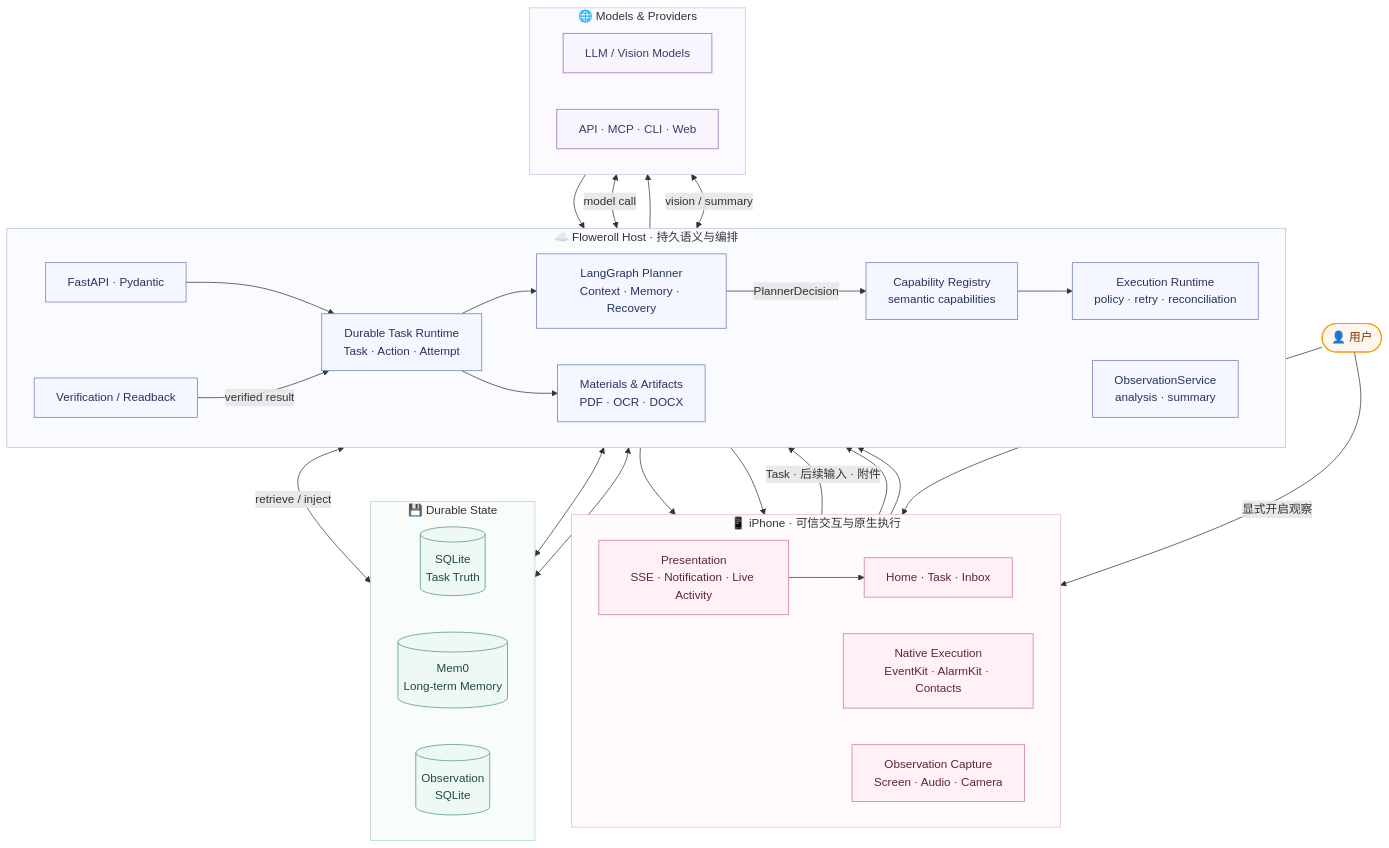
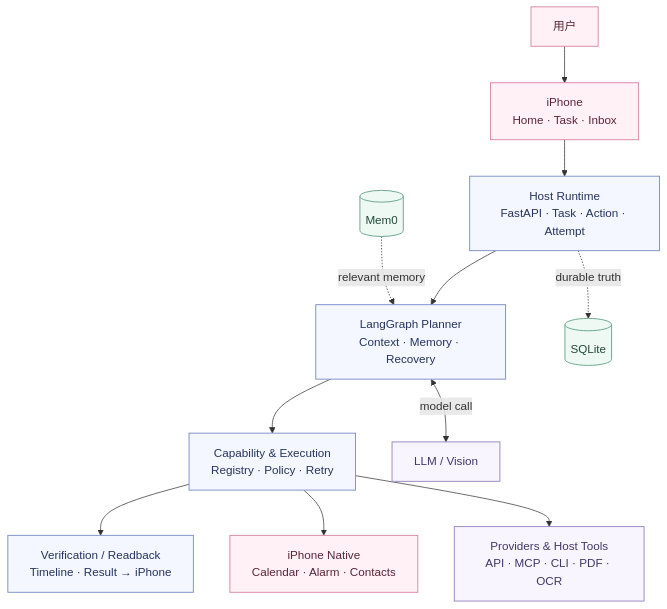
Before and after one commit to pocketvin/floweroll: the diagram in README.md, drawn with Mermaid. The commit also changed other lines of this file and 1 other file, not shown here.

Commit message:
docs: simplify architecture diagram

````diff
--- a/README.md
+++ b/README.md
@@ -9,77 +9,24 @@
 ```mermaid
 flowchart TB
-  USER(["👤 用户"])
+  USER["用户"] --> IOS["iPhone<br/>Home · Task · Inbox"]
+  IOS --> RT["Host Runtime<br/>FastAPI · Task · Action · Attempt"]
+  RT --> LG["LangGraph Planner<br/>Context · Memory · Recovery"]
+  LG --> EXEC["Capability & Execution<br/>Registry · Policy · Retry"]
+  EXEC --> VERIFY["Verification / Readback<br/>Timeline · Result → iPhone"]
 
-  subgraph DEVICE["📱 iPhone · 可信交互与原生执行"]
-    direction LR
-    UI["Home · Task · Inbox"]
-    NATIVE["Native Execution<br/>EventKit · AlarmKit · Contacts"]
-    OBS["Observation Capture<br/>Screen · Audio · Camera"]
-    PRESENT["Presentation<br/>SSE · Notification · Live Activity"]
-  end
+  RT -. "durable truth" .-> DB[("SQLite")]
+  MEM[("Mem0")] -. "relevant memory" .-> LG
+  LG <-->|"model call"| MODEL["LLM / Vision"]
+  EXEC --> NATIVE["iPhone Native<br/>Calendar · Alarm · Contacts"]
+  EXEC --> TOOLS["Providers & Host Tools<br/>API · MCP · CLI · PDF · OCR"]
 
-  subgraph HOST["☁️ Floweroll Host · 持久语义与编排"]
-    direction LR
-    API["FastAPI · Pydantic"]
-    RUNTIME["Durable Task Runtime<br/>Task · Action · Attempt"]
-    PLANNER["LangGraph Planner<br/>Context · Memory · Recovery"]
-    CAP["Capability Registry<br/>semantic capabilities"]
-    EXEC["Execution Runtime<br/>policy · retry · reconciliation"]
-    VERIFY["Verification / Readback"]
-    MATERIAL["Materials & Artifacts<br/>PDF · OCR · DOCX"]
-    OBSVC["ObservationService<br/>analysis · summary"]
-  end
+  classDef phone fill:#fff1f5,stroke:#d889a6,color:#5b2638,stroke-width:1.3px;
+  classDef core fill:#f4f7ff,stroke:#7f90c7,color:#26345f,stroke-width:1.3px;
+  classDef data fill:#eef9f3,stroke:#69a68b,color:#214b3a,stroke-width:1.3px;
+  classDef external fill:#f8f5ff,stroke:#9987c2,color:#433768,stroke-width:1.3px;
 
-  subgraph STATE["💾 Durable State"]
-    direction LR
-    TASKDB[("SQLite<br/>Task Truth")]
-    MEMORY[("Mem0<br/>Long-term Memory")]
-    OBSDB[("Observation<br/>SQLite")]
-  end
-
-  subgraph EXTERNAL["🌐 Models & Providers"]
-    direction LR
-    MODELS["LLM / Vision Models"]
-    PROVIDERS["API · MCP · CLI · Web"]
-  end
-
-  USER --> UI
-  UI -->|"Task · 后续输入 · 附件"| API
-  API --> RUNTIME
-  RUNTIME --> PLANNER
-  PLANNER <-->|"retrieve / inject"| MEMORY
-  PLANNER <-->|"model call"| MODELS
-  PLANNER -->|"PlannerDecision"| CAP
-  CAP --> EXEC
-  EXEC --> NATIVE
-  EXEC --> PROVIDERS
-  NATIVE --> VERIFY
-  PROVIDERS --> VERIFY
-  VERIFY -->|"verified result"| RUNTIME
-  RUNTIME <--> TASKDB
-  RUNTIME --> MATERIAL
-  RUNTIME --> PRESENT
-  PRESENT --> UI
-
-  USER -->|"显式开启观察"| OBS
-  OBS --> OBSVC
-  OBSVC <--> OBSDB
-  OBSVC <-->|"vision / summary"| MODELS
-
-  classDef user fill:#fff7ed,stroke:#f59e0b,color:#78350f,stroke-width:1.5px;
-  classDef device fill:#fff1f5,stroke:#d889a6,color:#5b2638,stroke-width:1.2px;
-  classDef host fill:#f4f7ff,stroke:#7f90c7,color:#26345f,stroke-width:1.2px;
-  classDef state fill:#eef9f3,stroke:#69a68b,color:#214b3a,stroke-width:1.2px;
-  classDef external fill:#f8f5ff,stroke:#9987c2,color:#433768,stroke-width:1.2px;
-
-  class USER user;
-  class UI,NATIVE,OBS,PRESENT device;
-  class API,RUNTIME,PLANNER,CAP,EXEC,VERIFY,MATERIAL,OBSVC host;
-  class TASKDB,MEMORY,OBSDB state;
-  class MODELS,PROVIDERS external;
-
-  style DEVICE fill:#fffafd,stroke:#e7b7c9,stroke-width:1px
-  style HOST fill:#fafbff,stroke:#b8c0dc,stroke-width:1px
-  style STATE fill:#f8fcfa,stroke:#add4c2,stroke-width:1px
-  style EXTERNAL fill:#fcfaff,stroke:#c9bee3,stroke-width:1px
+  class USER,IOS,NATIVE phone;
+  class RT,LG,EXEC,VERIFY core;
+  class DB,MEM data;
+  class MODEL,TOOLS external;
 ```
````
